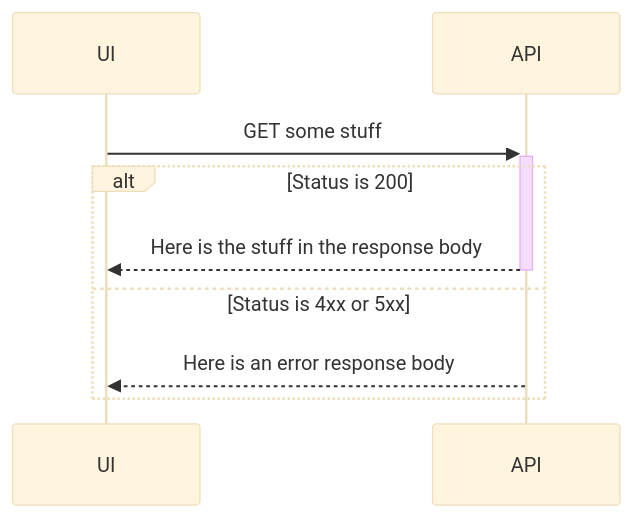
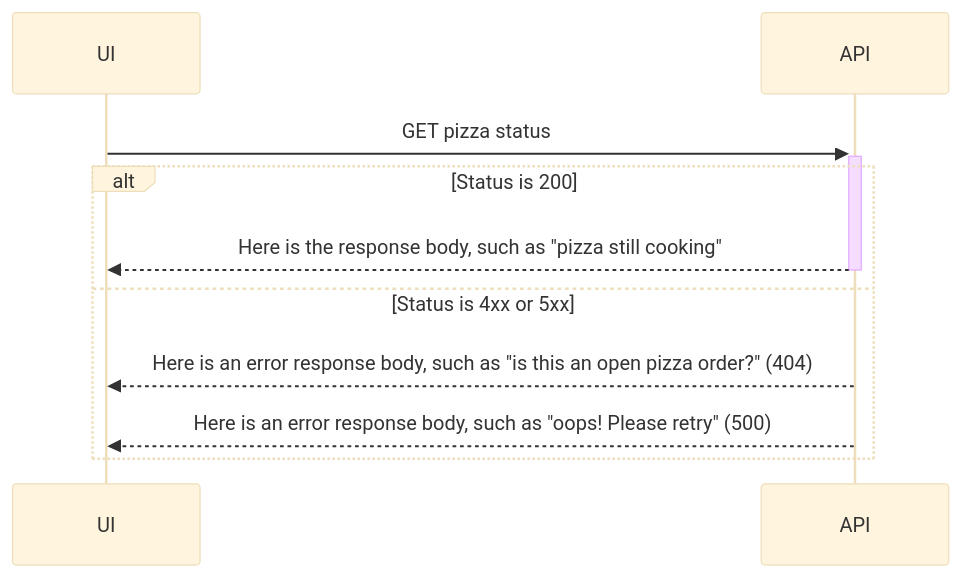
The fifth of 7 diagrams in Examples-of-diagramming.md (SruthiKorembathe/CICDImplementation), drawn with Mermaid (base theme) before and after one commit. The commit also changed other lines of this file, not shown here.

Commit message:
More on editing diagrams

````diff
--- a/Examples-of-diagramming.md
+++ b/Examples-of-diagramming.md
@@ -96,9 +98,10 @@
 ```mermaid
 sequenceDiagram
-  UI ->>+ API: GET some stuff
+  UI ->>+ API: GET pizza status
   alt Status is 200
-    API -->>- UI: Here is the stuff in the response body
+    API -->>- UI: Here is the response body, such as "pizza still cooking"
   else Status is 4xx or 5xx
-    API -->> UI: Here is an error response body
+    API -->> UI: Here is an error response body, such as "is this an open pizza order?" (404)
+    API -->> UI: Here is an error response body, such as "oops! Please retry" (500)
   end
 ```
````
